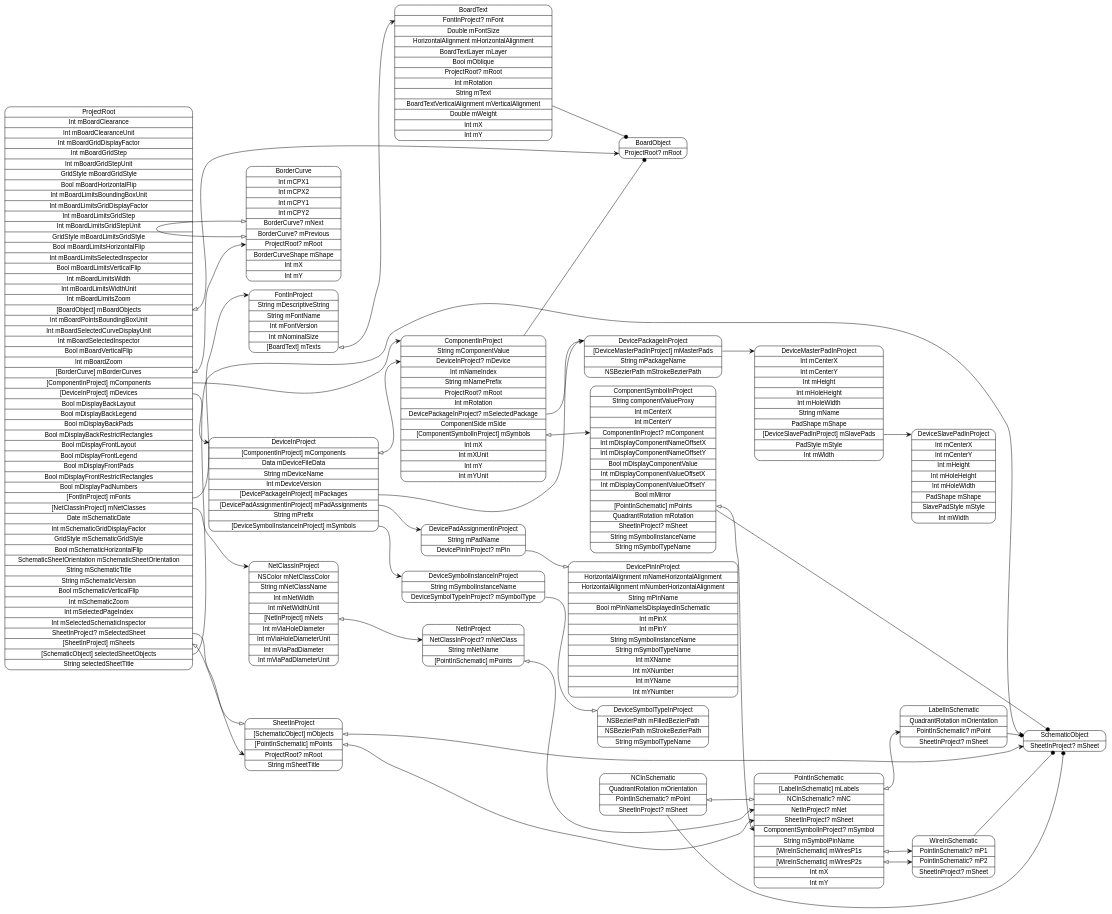
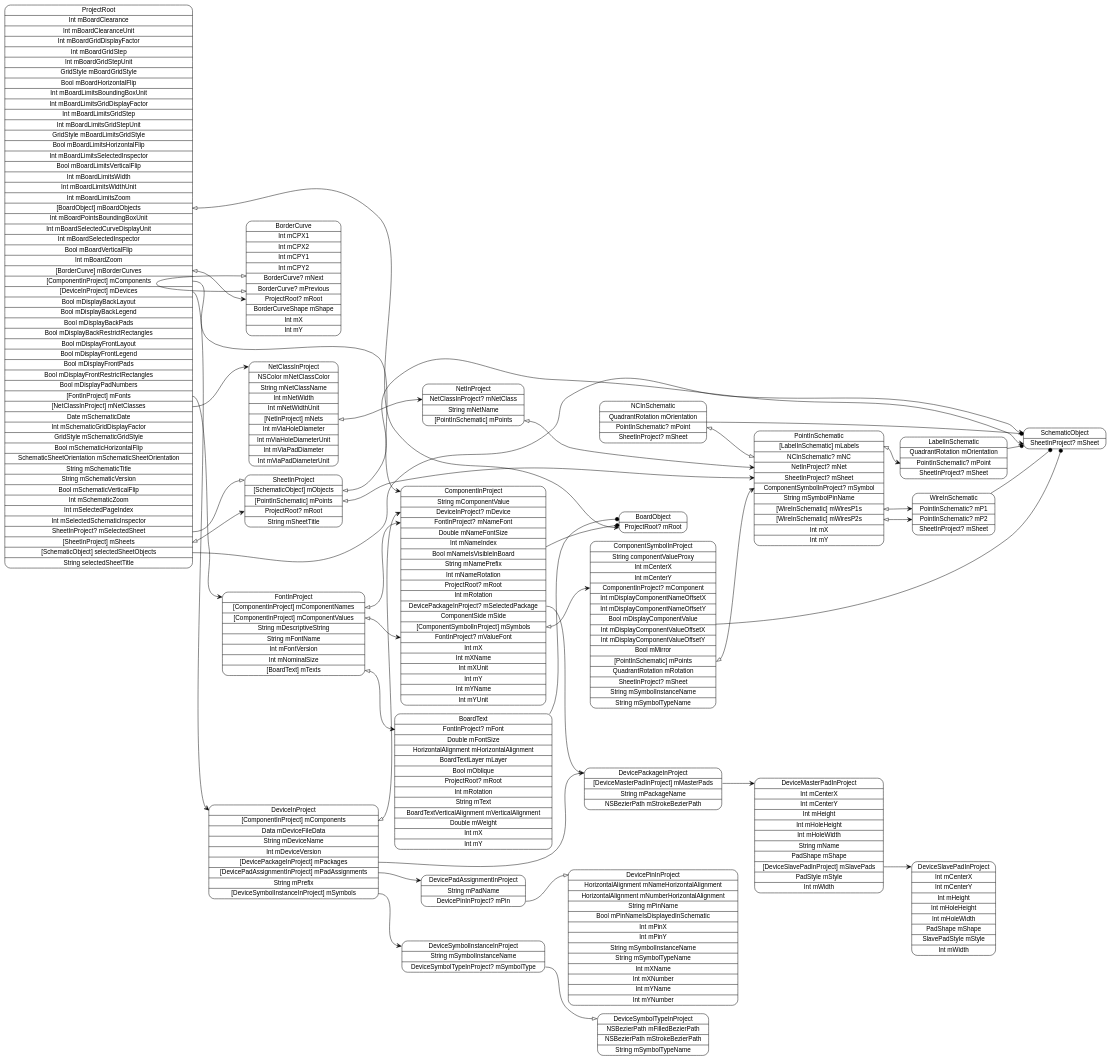
Before and after one commit to pierremolinaro/ElCanari-dev: the diagram in models/ProjectRoot.dot, drawn with Graphviz. The commit also changed 26 other files, not shown here.

Commit message:
Component in board : name

```diff
--- a/models/ProjectRoot.dot
+++ b/models/ProjectRoot.dot
@@ -1,63 +1,65 @@
 digraph G {
   rankdir=LR ;
   node [shape=record fontname=helvetica style=rounded] ;
   ProjectRoot[label="<ProjectRoot>ProjectRoot|Int mBoardClearance|Int mBoardClearanceUnit|Int mBoardGridDisplayFactor|Int mBoardGridStep|Int mBoardGridStepUnit|GridStyle mBoardGridStyle|Bool mBoardHorizontalFlip|Int mBoardLimitsBoundingBoxUnit|Int mBoardLimitsGridDisplayFactor|Int mBoardLimitsGridStep|Int mBoardLimitsGridStepUnit|GridStyle mBoardLimitsGridStyle|Bool mBoardLimitsHorizontalFlip|Int mBoardLimitsSelectedInspector|Bool mBoardLimitsVerticalFlip|Int mBoardLimitsWidth|Int mBoardLimitsWidthUnit|Int mBoardLimitsZoom|<mBoardObjects>[BoardObject] mBoardObjects|Int mBoardPointsBoundingBoxUnit|Int mBoardSelectedCurveDisplayUnit|Int mBoardSelectedInspector|Bool mBoardVerticalFlip|Int mBoardZoom|<mBorderCurves>[BorderCurve] mBorderCurves|<mComponents>[ComponentInProject] mComponents|<mDevices>[DeviceInProject] mDevices|Bool mDisplayBackLayout|Bool mDisplayBackLegend|Bool mDisplayBackPads|Bool mDisplayBackRestrictRectangles|Bool mDisplayFrontLayout|Bool mDisplayFrontLegend|Bool mDisplayFrontPads|Bool mDisplayFrontRestrictRectangles|Bool mDisplayPadNumbers|<mFonts>[FontInProject] mFonts|<mNetClasses>[NetClassInProject] mNetClasses|Date mSchematicDate|Int mSchematicGridDisplayFactor|GridStyle mSchematicGridStyle|Bool mSchematicHorizontalFlip|SchematicSheetOrientation mSchematicSheetOrientation|String mSchematicTitle|String mSchematicVersion|Bool mSchematicVerticalFlip|Int mSchematicZoom|Int mSelectedPageIndex|Int mSelectedSchematicInspector|<mSelectedSheet>SheetInProject? mSelectedSheet|<mSheets>[SheetInProject] mSheets|<selectedSheetObjects>[SchematicObject] selectedSheetObjects|String selectedSheetTitle"] ;
   SchematicObject[label="<SchematicObject>SchematicObject|<mSheet>SheetInProject? mSheet"] ;
   SheetInProject[label="<SheetInProject>SheetInProject|<mObjects>[SchematicObject] mObjects|<mPoints>[PointInSchematic] mPoints|<mRoot>ProjectRoot? mRoot|String mSheetTitle"] ;
   PointInSchematic[label="<PointInSchematic>PointInSchematic|<mLabels>[LabelInSchematic] mLabels|<mNC>NCInSchematic? mNC|<mNet>NetInProject? mNet|<mSheet>SheetInProject? mSheet|<mSymbol>ComponentSymbolInProject? mSymbol|String mSymbolPinName|<mWiresP1s>[WireInSchematic] mWiresP1s|<mWiresP2s>[WireInSchematic] mWiresP2s|Int mX|Int mY"] ;
   WireInSchematic[label="<WireInSchematic>WireInSchematic|<mP1>PointInSchematic? mP1|<mP2>PointInSchematic? mP2|<mSheet>SheetInProject? mSheet"] ;
   NCInSchematic[label="<NCInSchematic>NCInSchematic|QuadrantRotation mOrientation|<mPoint>PointInSchematic? mPoint|<mSheet>SheetInProject? mSheet"] ;
   LabelInSchematic[label="<LabelInSchematic>LabelInSchematic|QuadrantRotation mOrientation|<mPoint>PointInSchematic? mPoint|<mSheet>SheetInProject? mSheet"] ;
   NetClassInProject[label="<NetClassInProject>NetClassInProject|NSColor mNetClassColor|String mNetClassName|Int mNetWidth|Int mNetWidthUnit|<mNets>[NetInProject] mNets|Int mViaHoleDiameter|Int mViaHoleDiameterUnit|Int mViaPadDiameter|Int mViaPadDiameterUnit"] ;
   NetInProject[label="<NetInProject>NetInProject|<mNetClass>NetClassInProject? mNetClass|String mNetName|<mPoints>[PointInSchematic] mPoints"] ;
-  FontInProject[label="<FontInProject>FontInProject|String mDescriptiveString|String mFontName|Int mFontVersion|Int mNominalSize|<mTexts>[BoardText] mTexts"] ;
+  FontInProject[label="<FontInProject>FontInProject|<mComponentNames>[ComponentInProject] mComponentNames|<mComponentValues>[ComponentInProject] mComponentValues|String mDescriptiveString|String mFontName|Int mFontVersion|Int mNominalSize|<mTexts>[BoardText] mTexts"] ;
   BoardText[label="<BoardText>BoardText|<mFont>FontInProject? mFont|Double mFontSize|HorizontalAlignment mHorizontalAlignment|BoardTextLayer mLayer|Bool mOblique|<mRoot>ProjectRoot? mRoot|Int mRotation|String mText|BoardTextVerticalAlignment mVerticalAlignment|Double mWeight|Int mX|Int mY"] ;
   DeviceInProject[label="<DeviceInProject>DeviceInProject|<mComponents>[ComponentInProject] mComponents|Data mDeviceFileData|String mDeviceName|Int mDeviceVersion|<mPackages>[DevicePackageInProject] mPackages|<mPadAssignments>[DevicePadAssignmentInProject] mPadAssignments|String mPrefix|<mSymbols>[DeviceSymbolInstanceInProject] mSymbols"] ;
   DeviceSymbolInstanceInProject[label="<DeviceSymbolInstanceInProject>DeviceSymbolInstanceInProject|String mSymbolInstanceName|<mSymbolType>DeviceSymbolTypeInProject? mSymbolType"] ;
   DeviceSymbolTypeInProject[label="<DeviceSymbolTypeInProject>DeviceSymbolTypeInProject|NSBezierPath mFilledBezierPath|NSBezierPath mStrokeBezierPath|String mSymbolTypeName"] ;
   DevicePadAssignmentInProject[label="<DevicePadAssignmentInProject>DevicePadAssignmentInProject|String mPadName|<mPin>DevicePinInProject? mPin"] ;
   DevicePinInProject[label="<DevicePinInProject>DevicePinInProject|HorizontalAlignment mNameHorizontalAlignment|HorizontalAlignment mNumberHorizontalAlignment|String mPinName|Bool mPinNameIsDisplayedInSchematic|Int mPinX|Int mPinY|String mSymbolInstanceName|String mSymbolTypeName|Int mXName|Int mXNumber|Int mYName|Int mYNumber"] ;
   DevicePackageInProject[label="<DevicePackageInProject>DevicePackageInProject|<mMasterPads>[DeviceMasterPadInProject] mMasterPads|String mPackageName|NSBezierPath mStrokeBezierPath"] ;
   DeviceMasterPadInProject[label="<DeviceMasterPadInProject>DeviceMasterPadInProject|Int mCenterX|Int mCenterY|Int mHeight|Int mHoleHeight|Int mHoleWidth|String mName|PadShape mShape|<mSlavePads>[DeviceSlavePadInProject] mSlavePads|PadStyle mStyle|Int mWidth"] ;
   DeviceSlavePadInProject[label="<DeviceSlavePadInProject>DeviceSlavePadInProject|Int mCenterX|Int mCenterY|Int mHeight|Int mHoleHeight|Int mHoleWidth|PadShape mShape|SlavePadStyle mStyle|Int mWidth"] ;
-  ComponentInProject[label="<ComponentInProject>ComponentInProject|String mComponentValue|<mDevice>DeviceInProject? mDevice|Int mNameIndex|String mNamePrefix|<mRoot>ProjectRoot? mRoot|Int mRotation|<mSelectedPackage>DevicePackageInProject? mSelectedPackage|ComponentSide mSide|<mSymbols>[ComponentSymbolInProject] mSymbols|Int mX|Int mXUnit|Int mY|Int mYUnit"] ;
+  ComponentInProject[label="<ComponentInProject>ComponentInProject|String mComponentValue|<mDevice>DeviceInProject? mDevice|<mNameFont>FontInProject? mNameFont|Double mNameFontSize|Int mNameIndex|Bool mNameIsVisibleInBoard|String mNamePrefix|Int mNameRotation|<mRoot>ProjectRoot? mRoot|Int mRotation|<mSelectedPackage>DevicePackageInProject? mSelectedPackage|ComponentSide mSide|<mSymbols>[ComponentSymbolInProject] mSymbols|<mValueFont>FontInProject? mValueFont|Int mX|Int mXName|Int mXUnit|Int mY|Int mYName|Int mYUnit"] ;
   ComponentSymbolInProject[label="<ComponentSymbolInProject>ComponentSymbolInProject|String componentValueProxy|Int mCenterX|Int mCenterY|<mComponent>ComponentInProject? mComponent|Int mDisplayComponentNameOffsetX|Int mDisplayComponentNameOffsetY|Bool mDisplayComponentValue|Int mDisplayComponentValueOffsetX|Int mDisplayComponentValueOffsetY|Bool mMirror|<mPoints>[PointInSchematic] mPoints|QuadrantRotation mRotation|<mSheet>SheetInProject? mSheet|String mSymbolInstanceName|String mSymbolTypeName"] ;
   BorderCurve[label="<BorderCurve>BorderCurve|Int mCPX1|Int mCPX2|Int mCPY1|Int mCPY2|<mNext>BorderCurve? mNext|<mPrevious>BorderCurve? mPrevious|<mRoot>ProjectRoot? mRoot|BorderCurveShape mShape|Int mX|Int mY"] ;
   BoardObject[label="<BoardObject>BoardObject|<mRoot>ProjectRoot? mRoot"] ;
   ProjectRoot:mBoardObjects -> BoardObject:mRoot [dir=both arrowtail=onormal arrowhead=vee] ;
   ProjectRoot:mBorderCurves -> BorderCurve:mRoot [dir=both arrowtail=onormal arrowhead=vee] ;
   ProjectRoot:mComponents -> ComponentInProject:ComponentInProject [dir=both arrowtail=none arrowhead=vee] ;
   ProjectRoot:mDevices -> DeviceInProject:DeviceInProject [dir=both arrowtail=none arrowhead=vee] ;
   ProjectRoot:mFonts -> FontInProject:FontInProject [dir=both arrowtail=none arrowhead=vee] ;
   ProjectRoot:mNetClasses -> NetClassInProject:NetClassInProject [dir=both arrowtail=none arrowhead=vee] ;
   ProjectRoot:mSelectedSheet -> SheetInProject:SheetInProject [dir=both arrowtail=none arrowhead=onormal] ;
   ProjectRoot:mSheets -> SheetInProject:mRoot [dir=both arrowtail=onormal arrowhead=vee] ;
   ProjectRoot:selectedSheetObjects -> SchematicObject:SchematicObject [dir=both arrowtail=none arrowhead=vee] ;
   SheetInProject:mObjects -> SchematicObject:mSheet [dir=both arrowtail=onormal arrowhead=vee] ;
   SheetInProject:mPoints -> PointInSchematic:mSheet [dir=both arrowtail=onormal arrowhead=vee] ;
   PointInSchematic:mLabels -> LabelInSchematic:mPoint [dir=both arrowtail=onormal arrowhead=vee] ;
   PointInSchematic:mWiresP1s -> WireInSchematic:mP1 [dir=both arrowtail=onormal arrowhead=vee] ;
   PointInSchematic:mWiresP2s -> WireInSchematic:mP2 [dir=both arrowtail=onormal arrowhead=vee] ;
   WireInSchematic -> SchematicObject [arrowhead=dot] ;
   NCInSchematic -> SchematicObject [arrowhead=dot] ;
   NCInSchematic:mPoint -> PointInSchematic:mNC [dir=both arrowtail=onormal arrowhead=onormal] ;
   LabelInSchematic -> SchematicObject [arrowhead=dot] ;
   NetClassInProject:mNets -> NetInProject:mNetClass [dir=both arrowtail=onormal arrowhead=vee] ;
   NetInProject:mPoints -> PointInSchematic:mNet [dir=both arrowtail=onormal arrowhead=vee] ;
+  FontInProject:mComponentNames -> ComponentInProject:mNameFont [dir=both arrowtail=onormal arrowhead=vee] ;
+  FontInProject:mComponentValues -> ComponentInProject:mValueFont [dir=both arrowtail=onormal arrowhead=vee] ;
   FontInProject:mTexts -> BoardText:mFont [dir=both arrowtail=onormal arrowhead=vee] ;
   BoardText -> BoardObject [arrowhead=dot] ;
   DeviceInProject:mComponents -> ComponentInProject:mDevice [dir=both arrowtail=onormal arrowhead=vee] ;
   DeviceInProject:mPackages -> DevicePackageInProject:DevicePackageInProject [dir=both arrowtail=none arrowhead=vee] ;
   DeviceInProject:mPadAssignments -> DevicePadAssignmentInProject:DevicePadAssignmentInProject [dir=both arrowtail=none arrowhead=vee] ;
   DeviceInProject:mSymbols -> DeviceSymbolInstanceInProject:DeviceSymbolInstanceInProject [dir=both arrowtail=none arrowhead=vee] ;
   DeviceSymbolInstanceInProject:mSymbolType -> DeviceSymbolTypeInProject:DeviceSymbolTypeInProject [dir=both arrowtail=none arrowhead=onormal] ;
   DevicePadAssignmentInProject:mPin -> DevicePinInProject:DevicePinInProject [dir=both arrowtail=none arrowhead=onormal] ;
   DevicePackageInProject:mMasterPads -> DeviceMasterPadInProject:DeviceMasterPadInProject [dir=both arrowtail=none arrowhead=vee] ;
   DeviceMasterPadInProject:mSlavePads -> DeviceSlavePadInProject:DeviceSlavePadInProject [dir=both arrowtail=none arrowhead=vee] ;
   ComponentInProject -> BoardObject [arrowhead=dot] ;
   ComponentInProject:mSelectedPackage -> DevicePackageInProject:DevicePackageInProject [dir=both arrowtail=none arrowhead=onormal] ;
   ComponentInProject:mSymbols -> ComponentSymbolInProject:mComponent [dir=both arrowtail=onormal arrowhead=vee] ;
   ComponentSymbolInProject -> SchematicObject [arrowhead=dot] ;
   ComponentSymbolInProject:mPoints -> PointInSchematic:mSymbol [dir=both arrowtail=onormal arrowhead=vee] ;
   BorderCurve:mPrevious -> BorderCurve:mNext [dir=both arrowtail=onormal arrowhead=onormal] ;
 }
```
